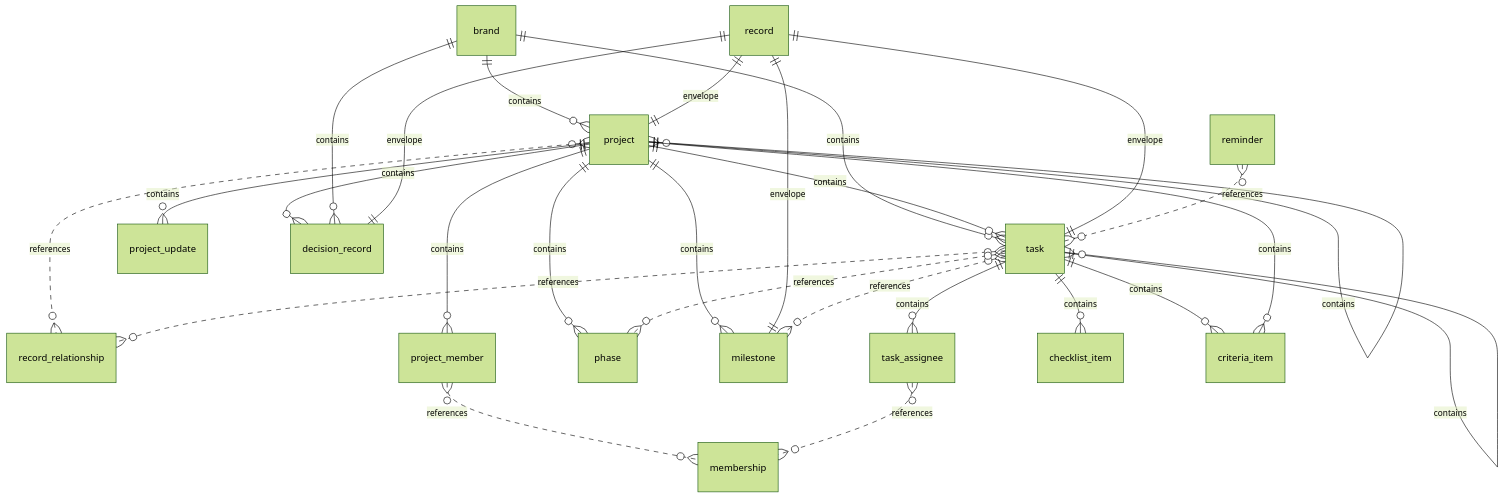
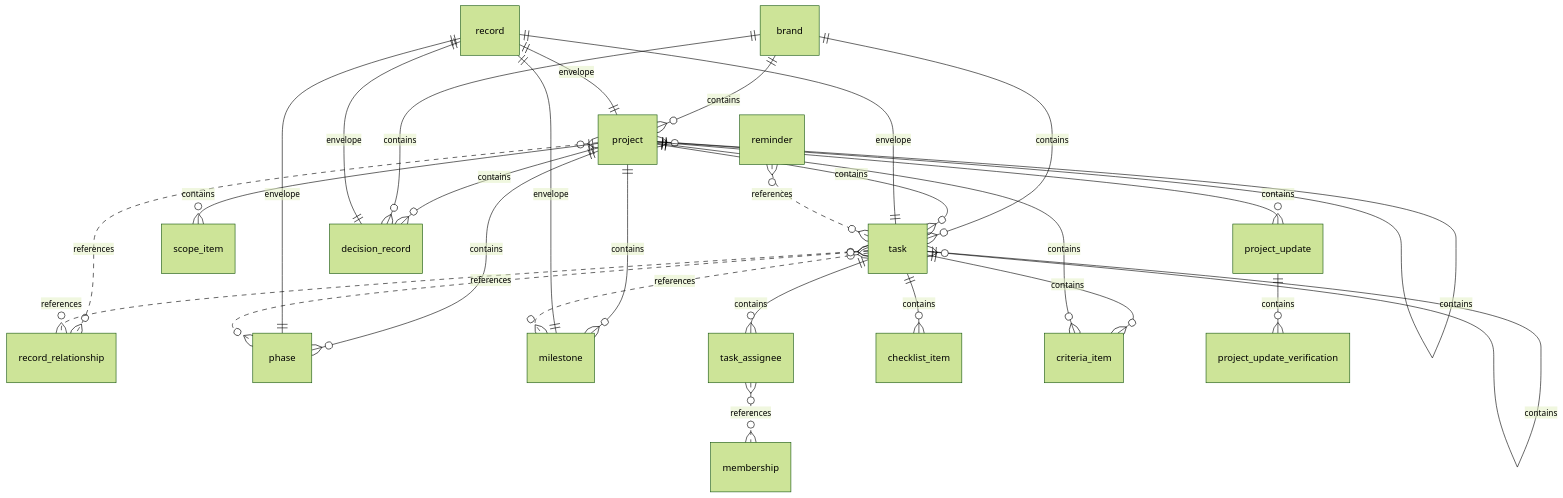
One commit to KatrielMoses/pm changed diagram 13 of 30 in docs/architecture/data/generated/er-diagrams.md. Above: the diagram before and after it, drawn with Mermaid (forest theme). The commit also changed 30 other files, not shown here.

````diff
--- a/docs/architecture/data/generated/er-diagrams.md
+++ b/docs/architecture/data/generated/er-diagrams.md
@@ -159,29 +159,30 @@
 ```mermaid
 erDiagram
   brand ||--o{ project : "contains"
   project ||--o{ project : "contains"
   project }o..o{ record_relationship : "references"
   record ||--|| project : "envelope"
-  project ||--o{ project_member : "contains"
-  project_member }o..o{ membership : "references"
   project ||--o{ phase : "contains"
+  record ||--|| phase : "envelope"
   project ||--o{ milestone : "contains"
   record ||--|| milestone : "envelope"
   brand ||--o{ task : "contains"
   project ||--o{ task : "contains"
   task ||--o{ task : "contains"
   task }o..o{ record_relationship : "references"
   task }o..o{ milestone : "references"
   task }o..o{ phase : "references"
   record ||--|| task : "envelope"
   task ||--o{ task_assignee : "contains"
   task_assignee }o..o{ membership : "references"
   task ||--o{ checklist_item : "contains"
   task ||--o{ criteria_item : "contains"
   project ||--o{ criteria_item : "contains"
+  project ||--o{ scope_item : "contains"
   project ||--o{ project_update : "contains"
+  project_update ||--o{ project_update_verification : "contains"
   project ||--o{ decision_record : "contains"
   brand ||--o{ decision_record : "contains"
   record ||--|| decision_record : "envelope"
   reminder }o..o{ task : "references"
 ```
````
